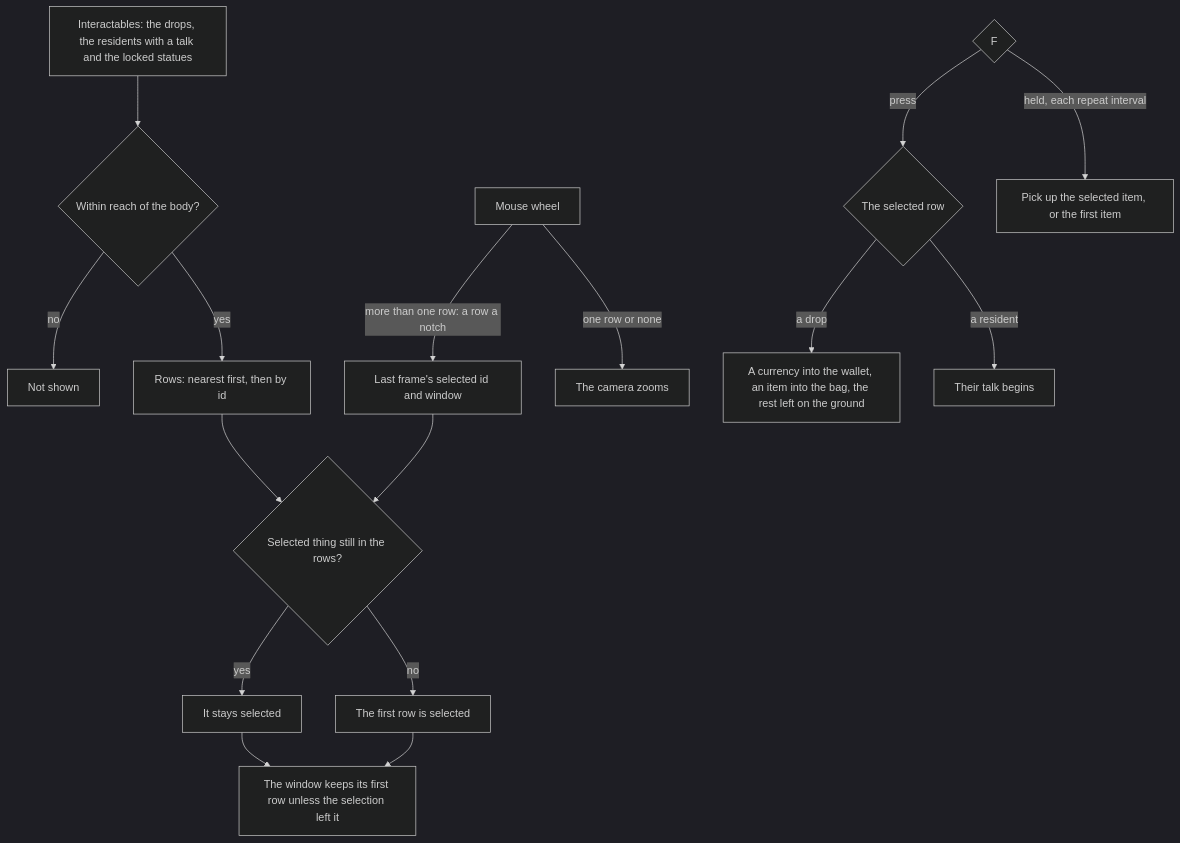
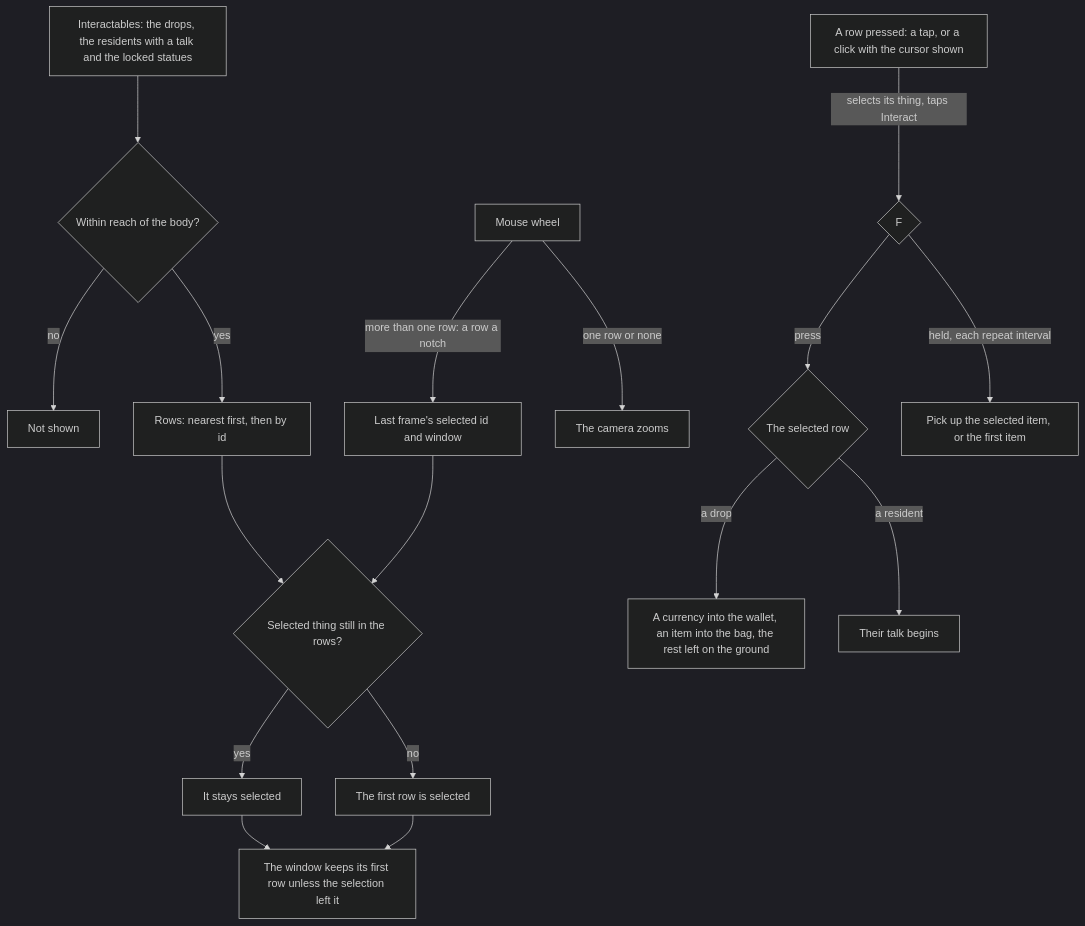
Before and after one commit to Esposter/Esposter: the diagram in apps/web/content/docs/genshin/interaction.md, drawn with Mermaid (dark theme). The commit also changed other lines of this file and 17 other files, not shown here.

````diff
--- a/apps/web/content/docs/genshin/interaction.md
+++ b/apps/web/content/docs/genshin/interaction.md
@@ -12,18 +12,19 @@
 ```mermaid
 flowchart TD
   T["Interactables: the drops, the residents with a talk and the locked statues"] --> R{"Within reach of the body?"}
   R -->|"no"| X["Not shown"]
   R -->|"yes"| O["Rows: nearest first, then by id"]
   S["Last frame's selected id and window"] --> K{"Selected thing still in the rows?"}
   O --> K
   K -->|"yes"| SEL["It stays selected"]
   K -->|"no"| FIRST["The first row is selected"]
   SEL --> WIN["The window keeps its first row unless the selection left it"]
   FIRST --> WIN
   W["Mouse wheel"] -->|"more than one row: a row a notch"| S
   W -->|"one row or none"| CAM["The camera zooms"]
   F{"F"} -->|"press"| ACT{"The selected row"}
   ACT -->|"a drop"| PICK["A currency into the wallet, an item into the bag, the rest left on the ground"]
   ACT -->|"a resident"| TALK["Their talk begins"]
   F -->|"held, each repeat interval"| REP["Pick up the selected item, or the first item"]
+  P["A row pressed: a tap, or a click with the cursor shown"] -->|"selects its thing, taps Interact"| F
 ```
````
